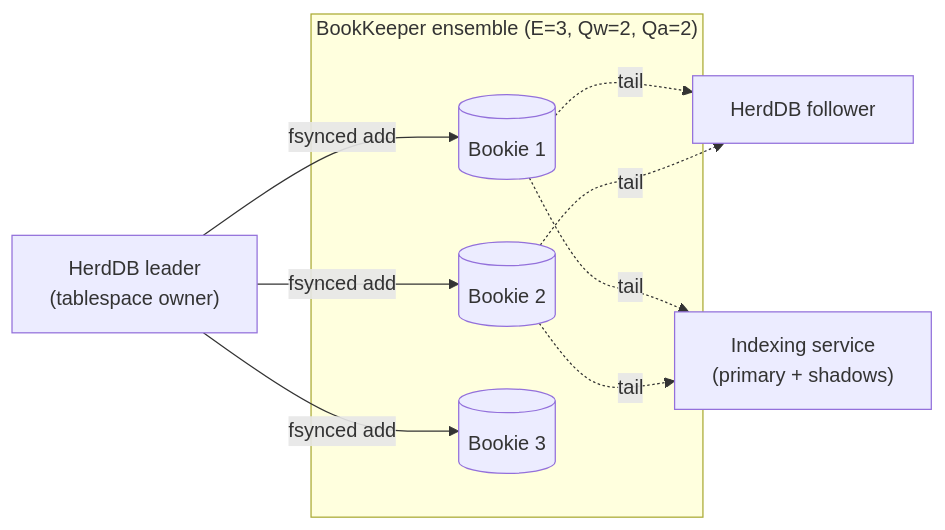
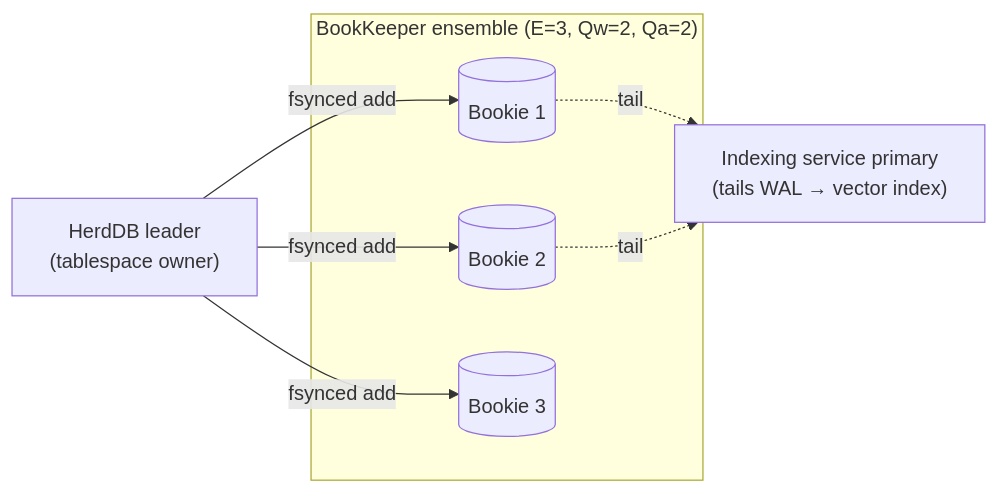
Before and after one commit to eolivelli/herddb: the second of 6 diagrams in README.md, drawn with Mermaid. The commit also changed other lines of this file, not shown here.

First line of the commit message:
README: split SQL replicas into vector-search vs classic profiles

````diff
--- a/README.md
+++ b/README.md
@@ -119,19 +120,16 @@
 ```mermaid
 flowchart LR
   Leader["HerdDB leader<br/>(tablespace owner)"]
   subgraph Ensemble["BookKeeper ensemble (E=3, Qw=2, Qa=2)"]
     B1[(Bookie 1)]
     B2[(Bookie 2)]
     B3[(Bookie 3)]
   end
-  Replica["HerdDB follower"]
-  ISvc["Indexing service<br/>(primary + shadows)"]
+  ISvc["Indexing service primary<br/>(tails WAL → vector index)"]
 
   Leader -->|fsynced add| B1
   Leader -->|fsynced add| B2
   Leader -->|fsynced add| B3
-  B1 -. tail .-> Replica
-  B2 -. tail .-> Replica
   B1 -. tail .-> ISvc
   B2 -. tail .-> ISvc
 ```
````
